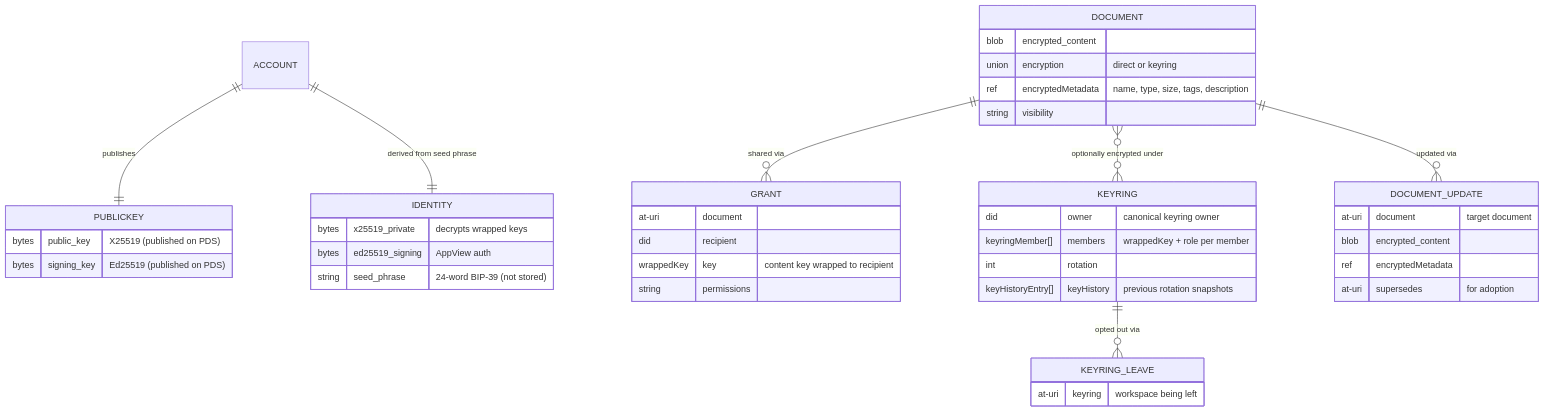
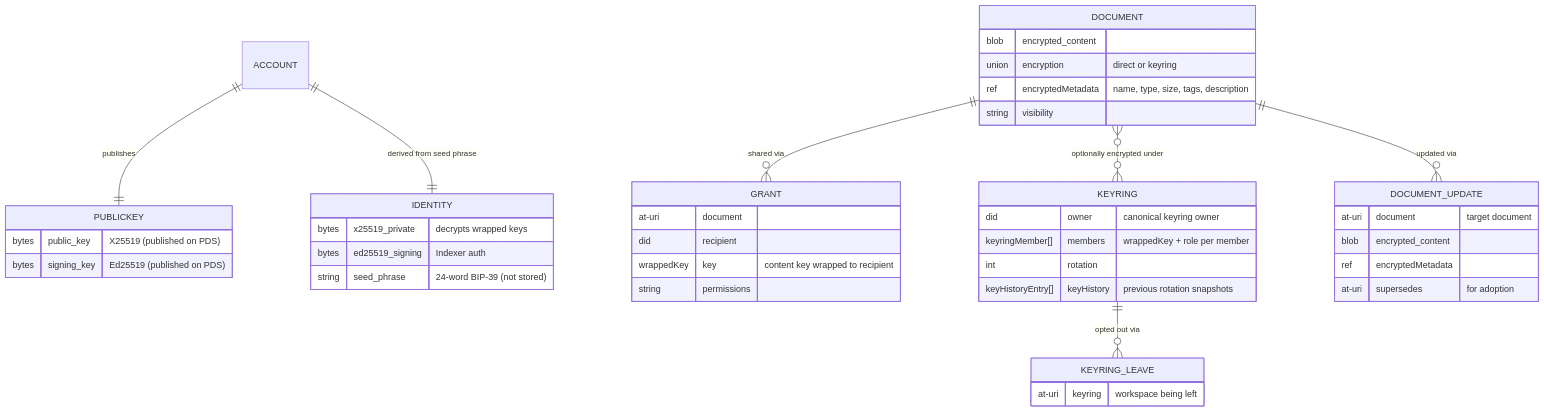
The second of 2 diagrams in docs/ARCHITECTURE.md (Sans-Self/Opake), drawn with Mermaid before and after one commit. The commit also changed other lines of this file and 302 other files, not shown here.

````diff
--- a/docs/ARCHITECTURE.md
+++ b/docs/ARCHITECTURE.md
@@ -118,52 +120,52 @@
 ```mermaid
 erDiagram
     ACCOUNT ||--|| PUBLICKEY : "publishes"
     ACCOUNT ||--|| IDENTITY : "derived from seed phrase"
     DOCUMENT ||--o{ GRANT : "shared via"
     DOCUMENT }o--o{ KEYRING : "optionally encrypted under"
     DOCUMENT ||--o{ DOCUMENT_UPDATE : "updated via"
     KEYRING ||--o{ KEYRING_LEAVE : "opted out via"
 
     DOCUMENT {
         blob encrypted_content
         union encryption "direct or keyring"
         ref encryptedMetadata "name, type, size, tags, description"
         string visibility
     }
 
     GRANT {
         at-uri document
         did recipient
         wrappedKey key "content key wrapped to recipient"
         string permissions
     }
 
     KEYRING {
         did owner "canonical keyring owner"
         keyringMember[] members "wrappedKey + role per member"
         int rotation
         keyHistoryEntry[] keyHistory "previous rotation snapshots"
     }
 
     DOCUMENT_UPDATE {
         at-uri document "target document"
         blob encrypted_content
         ref encryptedMetadata
         at-uri supersedes "for adoption"
     }
 
     KEYRING_LEAVE {
         at-uri keyring "workspace being left"
     }
 
     IDENTITY {
         bytes x25519_private "decrypts wrapped keys"
-        bytes ed25519_signing "AppView auth"
+        bytes ed25519_signing "Indexer auth"
         string seed_phrase "24-word BIP-39 (not stored)"
     }
 
     PUBLICKEY {
         bytes public_key "X25519 (published on PDS)"
         bytes signing_key "Ed25519 (published on PDS)"
     }
 ```
````
